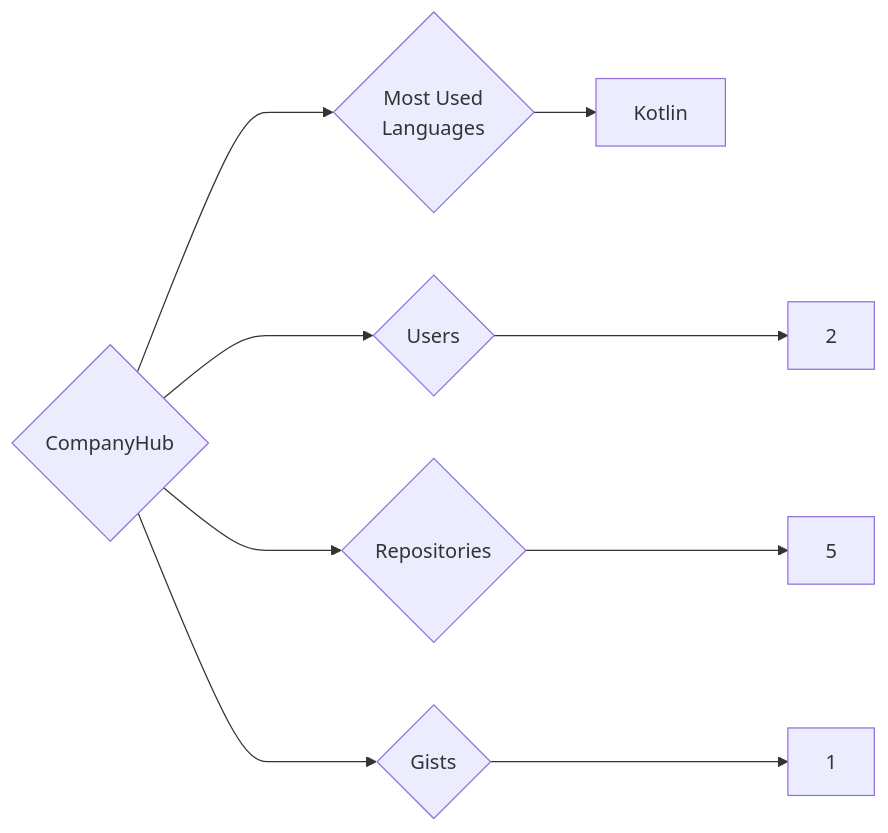
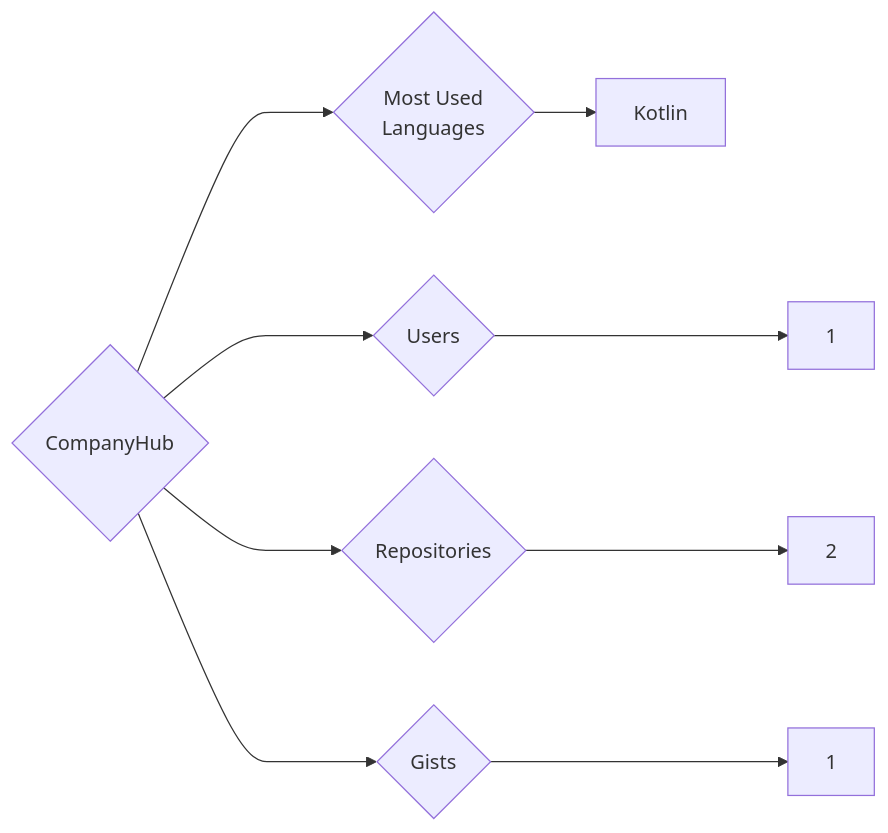
One commit to trickest/insiders changed the diagram in targets/CompanyHub/README.md. Above: the diagram before and after it, drawn with Mermaid. The commit also changed 776 other files, not shown here.

````diff
--- a/targets/CompanyHub/README.md
+++ b/targets/CompanyHub/README.md
@@ -3,9 +3,9 @@
 ```mermaid
 graph LR
 COMPANY_NAME{CompanyHub}
-COMPANY_NAME ---> U{Users} ---> UN[2]
-COMPANY_NAME ---> R{Repositories} ---> RN[5]
+COMPANY_NAME ---> U{Users} ---> UN[1]
+COMPANY_NAME ---> R{Repositories} ---> RN[2]
 COMPANY_NAME ---> G{Gists} ---> GN[1]
 COMPANY_NAME ---> ML{Most Used<br>Languages}
 ML --> Kotlin[Kotlin]
 ```
````
